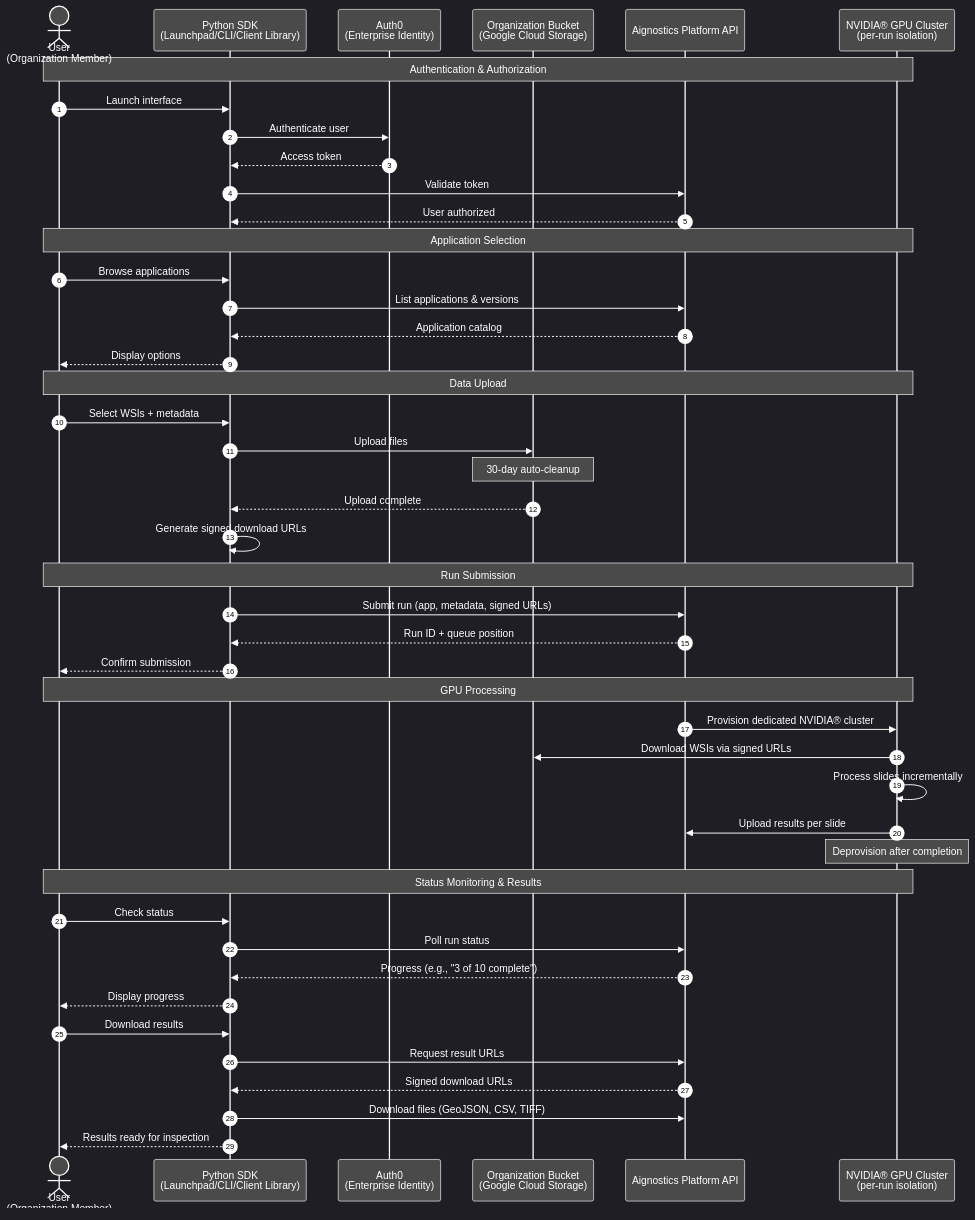
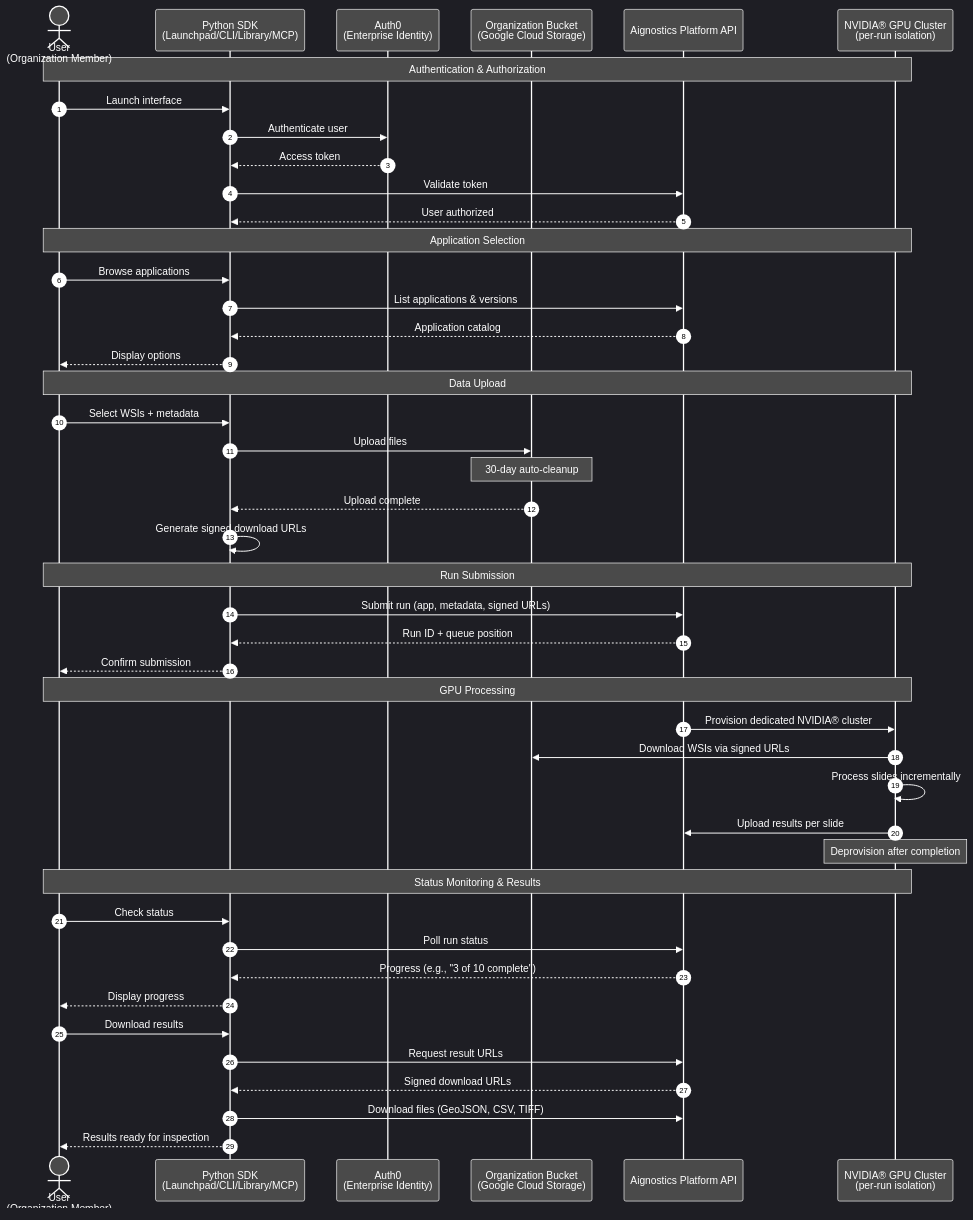
The diagram in README.md (aignostics/python-sdk), drawn with Mermaid before and after one commit. The commit also changed other lines of this file and 26 other files, not shown here.

````diff
--- a/README.md
+++ b/README.md
@@ -115,55 +215,55 @@
 ```mermaid
 %%{init: {'theme':'dark', 'themeVariables': { 'fontSize':'18px', 'fontFamily':'arial', 'darkMode':'true', 'background':'#1e1e1e', 'primaryColor':'#4a4a4a', 'primaryTextColor':'#ffffff', 'primaryBorderColor':'#ffffff', 'lineColor':'#ffffff', 'secondaryColor':'#3a3a3a', 'tertiaryColor':'#2a2a2a', 'actorBkg':'#4a4a4a', 'actorBorder':'#ffffff', 'actorTextColor':'#ffffff', 'actorLineColor':'#ffffff', 'signalColor':'#ffffff', 'signalTextColor':'#ffffff', 'labelBoxBkgColor':'#3a3a3a', 'labelBoxBorderColor':'#ffffff', 'labelTextColor':'#ffffff', 'noteBkgColor':'#4a4a4a', 'noteTextColor':'#ffffff', 'noteBorderColor':'#ffffff', 'sequenceNumberColor':'#000000'}}}%%
 sequenceDiagram
     autonumber
     actor User as User<br/>(Organization Member)
-    participant SDK as Python SDK<br/>(Launchpad/CLI/Client Library)
+    participant SDK as Python SDK<br/>(Launchpad/CLI/Library/MCP)
     participant Auth0 as Auth0<br/>(Enterprise Identity)
     participant Bucket as Organization Bucket<br/>(Google Cloud Storage)
     participant API as Aignostics Platform API
     participant GPU as NVIDIA® GPU Cluster<br/>(per-run isolation)
 
     Note over User,GPU: Authentication & Authorization
     User->>SDK: Launch interface
     SDK->>Auth0: Authenticate user
     Auth0-->>SDK: Access token
     SDK->>API: Validate token
     API-->>SDK: User authorized
 
     Note over User,GPU: Application Selection
     User->>SDK: Browse applications
     SDK->>API: List applications & versions
     API-->>SDK: Application catalog
     SDK-->>User: Display options
 
     Note over User,GPU: Data Upload
     User->>SDK: Select WSIs + metadata
     SDK->>Bucket: Upload files
     Note over Bucket: 30-day auto-cleanup
     Bucket-->>SDK: Upload complete
     SDK->>SDK: Generate signed download URLs
 
     Note over User,GPU: Run Submission
     SDK->>API: Submit run (app, metadata, signed URLs)
     API-->>SDK: Run ID + queue position
     SDK-->>User: Confirm submission
 
     Note over User,GPU: GPU Processing
     API->>GPU: Provision dedicated NVIDIA® cluster
     GPU->>Bucket: Download WSIs via signed URLs
     GPU->>GPU: Process slides incrementally
     GPU->>API: Upload results per slide
     Note over GPU: Deprovision after completion
 
     Note over User,GPU: Status Monitoring & Results
     User->>SDK: Check status
     SDK->>API: Poll run status
     API-->>SDK: Progress (e.g., "3 of 10 complete")
     SDK-->>User: Display progress
 
     User->>SDK: Download results
     SDK->>API: Request result URLs
     API-->>SDK: Signed download URLs
     SDK->>API: Download files (GeoJSON, CSV, TIFF)
     SDK-->>User: Results ready for inspection
 ```
````
